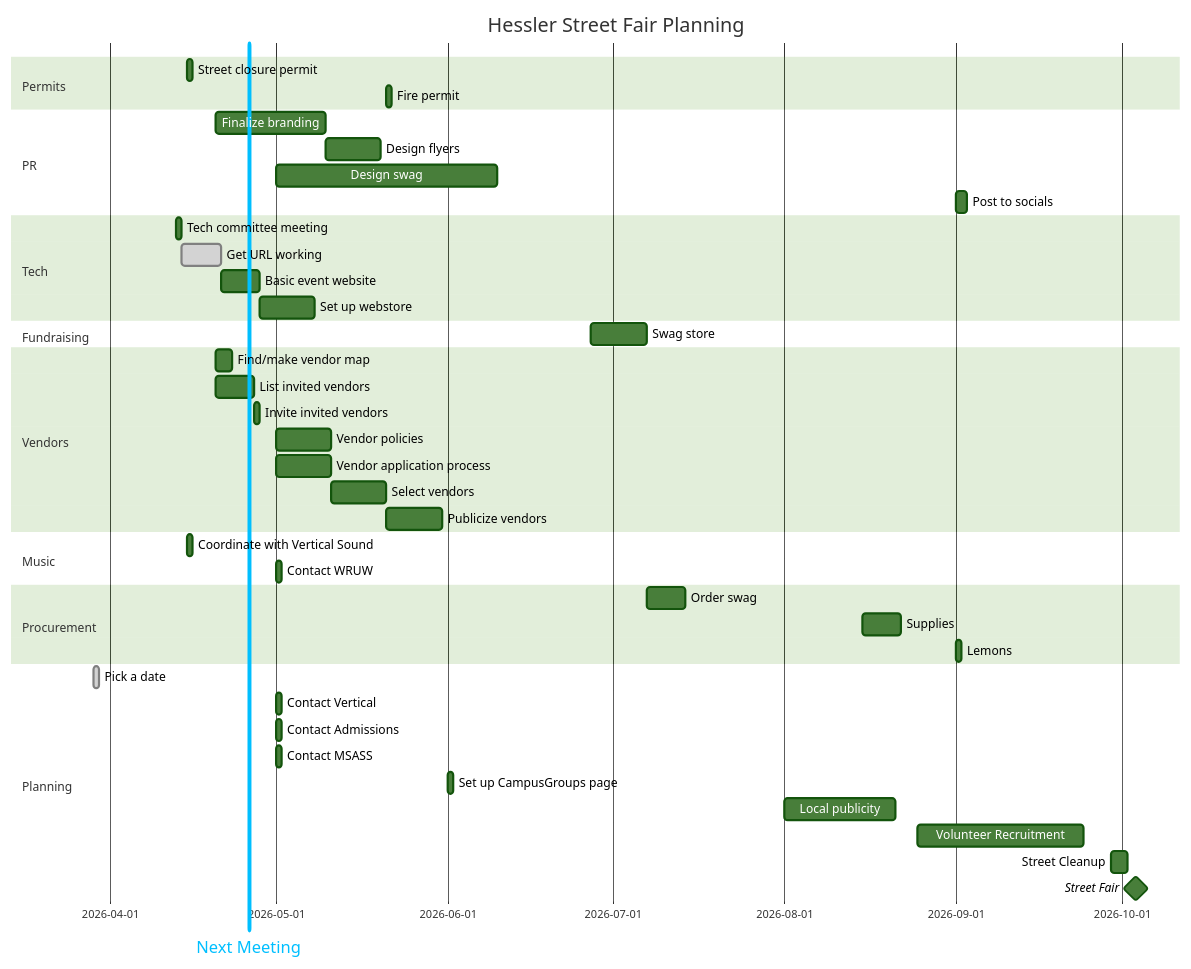
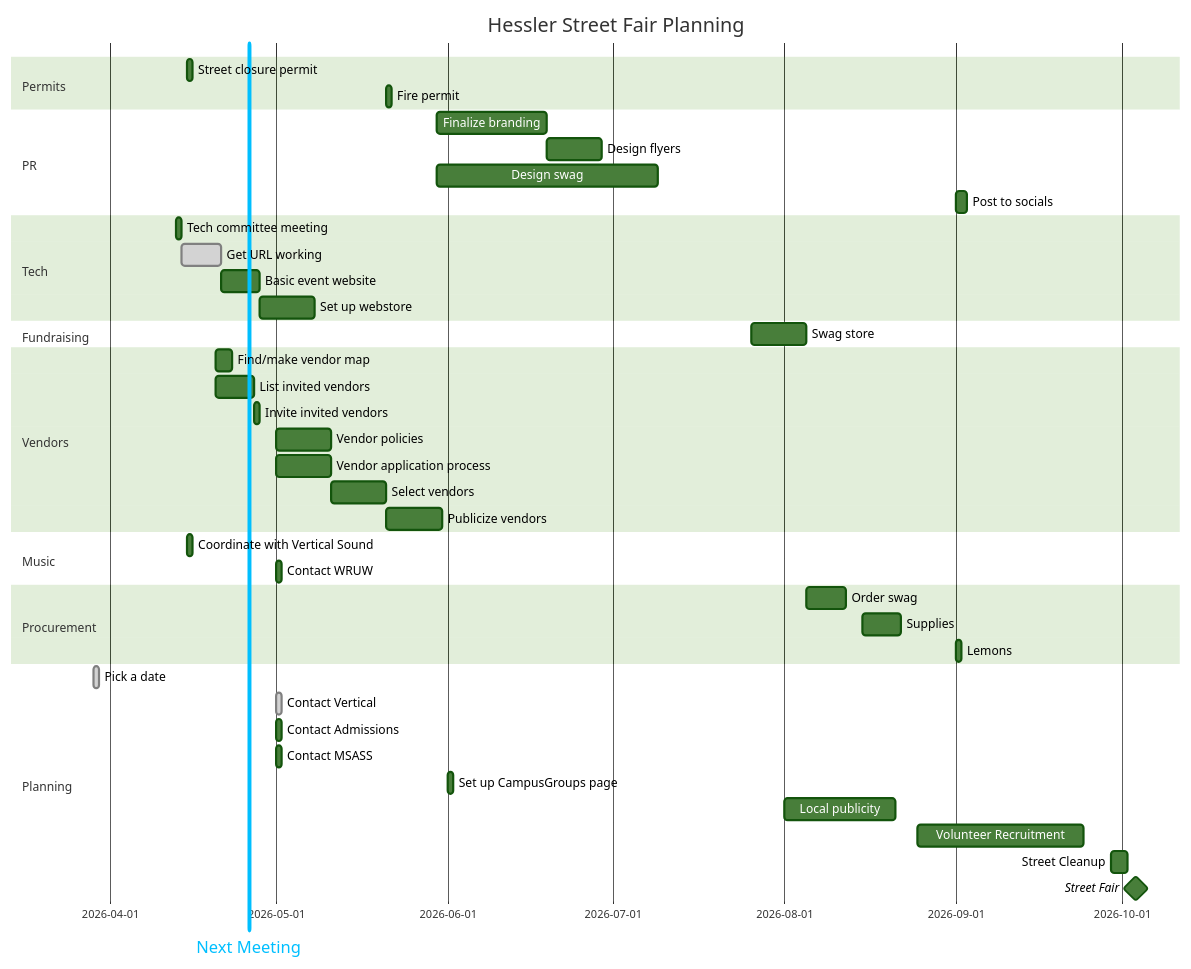
One commit to KCollins/KCollins.github.io changed the diagram in files/fairplan.md. Above: the diagram before and after it, drawn with Mermaid.

````diff
--- a/files/fairplan.md
+++ b/files/fairplan.md
@@ -1,49 +1,49 @@
 ```mermaid
 %%{init: {'theme': 'forest'}}%%
 gantt
     title  Hessler Street Fair Planning
     dateFormat YYYY-MM-DD
     section Permits
             Street closure permit    :streetpermit, 2026-04-15, 1d
             Fire permit    :firepermit, after vendorselect, 1d
 
     section PR
-            Finalize branding : brand, 2026-04-20, 20d
+            Finalize branding : brand, 2026-05-30, 20d
             Design flyers : flyers, after brand, 10d
-            Design swag    : designswag, 2026-05-01, 40d
+            Design swag    : designswag, 2026-05-30, 40d
             Post to socials: socials, 2026-09-01, 2d
     section Tech
             Tech committee meeting: techmeet, 2026-04-13, 1d
             Get URL working:done, url, after techmeet, 7d
             Basic event website: basicsite, after url, 7d
             Set up webstore: webstore, after basicsite, 10d
     section Fundraising
             Swag store    :swagstore, after designswag webstore swag, 10d
     section Vendors
             Find/make vendor map: vendormap, 2026-04-20, 3d
             List invited vendors: invitelist, 2026-04-20, 7d
             Invite invited vendors: invite, after invitelist, 1d
             Vendor policies: policy, 2026-05-01, 10d
             Vendor application process: vendorapp, 2026-05-01, 10d
             Select vendors: vendorselect, after vendorapp, 10d
             Publicize vendors: vendor-announce, after vendorselect, 10d
     section Music
             Coordinate with Vertical Sound    :vertical, 2026-04-15, 1d
             Contact WRUW: wruw, 2026-05-01, 1d
     section Procurement
             Order swag:   swag, after swagstore, 7d
             Supplies: supplies, 2026-08-15, 7d
             Lemons: lemons, 2026-09-01, 1d
     section Planning
             Pick a date :done, pick, 2026-03-29, 1d
             Next Meeting :vert, v1, 2026-04-26, 0d
-            Contact Vertical: vertical, 2026-05-01, 1d
+            Contact Vertical: done, vertical, 2026-05-01, 1d
             Contact Admissions: admissions, 2026-05-01, 1d
             Contact MSASS: msass, 2026-05-01, 1d
             Set up CampusGroups page: campusgroups, 2026-06-01, 1d
             Local publicity: publicize, 2026-08-01, 20d
             Volunteer Recruitment: recruit, 2026-08-25, 30d
             Street Cleanup: cleanup, 2026-09-29, 3d
             Street Fair        :milestone, streetfair, 2026-10-03, 1d
 
 ```
````
